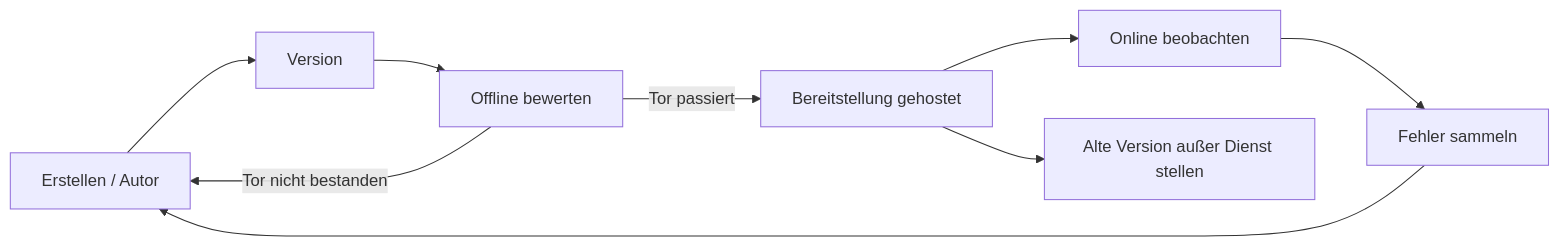
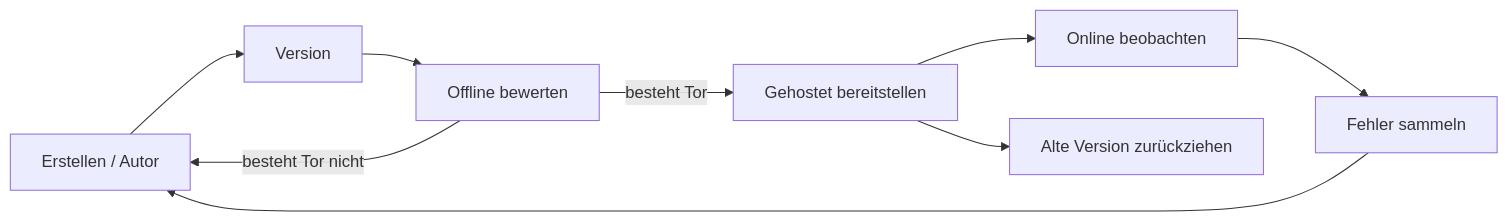
One commit to microsoft/ai-agents-for-beginners changed the second of 4 diagrams in translations/de/16-deploying-scalable-agents/README.md. Above: the diagram before and after it, drawn with Mermaid. The commit also changed other lines of this file and 47 other files, not shown here.

````diff
--- a/translations/de/16-deploying-scalable-agents/README.md
+++ b/translations/de/16-deploying-scalable-agents/README.md
@@ -108,11 +108,11 @@
 ```mermaid
 flowchart LR
     Create[Erstellen / Autor] --> Version[Version]
     Version --> Evaluate[Offline bewerten]
-    Evaluate -->|Tor passiert| Deploy[Bereitstellung gehostet]
-    Evaluate -->|Tor nicht bestanden| Create
+    Evaluate -->|besteht Tor| Deploy[Gehostet bereitstellen]
+    Evaluate -->|besteht Tor nicht| Create
     Deploy --> Observe[Online beobachten]
     Observe --> Improve[Fehler sammeln]
     Improve --> Create
-    Deploy --> Retire[Alte Version außer Dienst stellen]
+    Deploy --> Retire[Alte Version zurückziehen]
 ```
````
